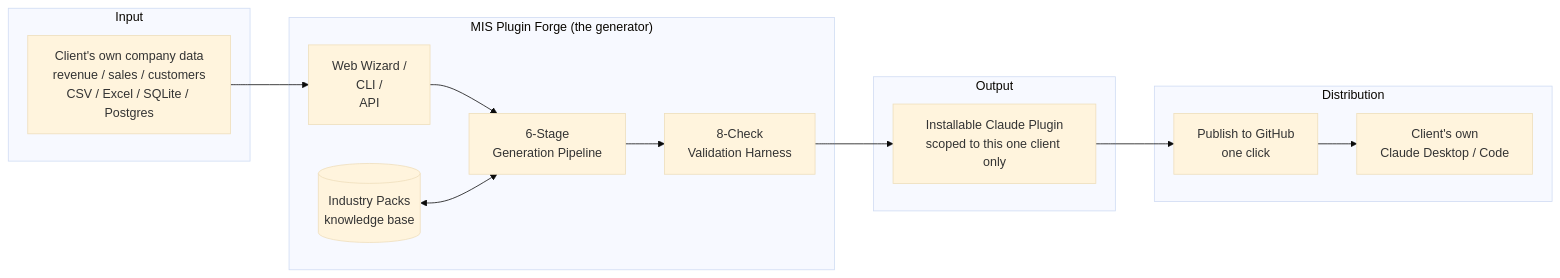
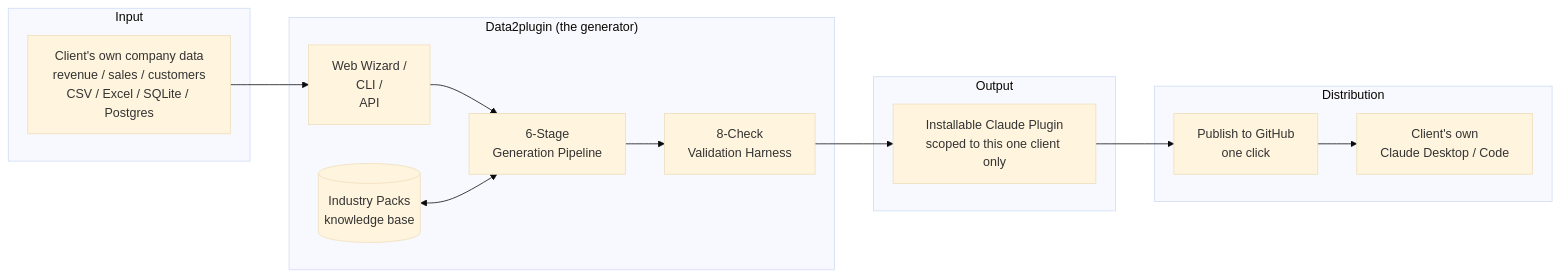
The first of 3 diagrams in docs/manager-overview.md (karthik-depasolutions/claude_plugin), drawn with Mermaid (base theme) before and after one commit. The commit also changed other lines of this file and 83 other files, not shown here.

````diff
--- a/docs/manager-overview.md
+++ b/docs/manager-overview.md
@@ -27,27 +27,27 @@
 ```mermaid
 flowchart LR
     subgraph Input
         A[Client's own company data<br/>revenue / sales / customers<br/>CSV / Excel / SQLite / Postgres]
     end
 
-    subgraph "MIS Plugin Forge (the generator)"
+    subgraph "Data2plugin (the generator)"
         B[Web Wizard /<br/>CLI /<br/>API]
         C[6-Stage<br/>Generation Pipeline]
         D[(Industry Packs<br/>knowledge base)]
         E[8-Check<br/>Validation Harness]
     end
 
     subgraph Output
         F[Installable Claude Plugin<br/>scoped to this one client only]
     end
 
     subgraph Distribution
         G[Publish to GitHub<br/>one click]
         H[Client's own<br/>Claude Desktop / Code]
     end
 
     A --> B --> C
     D <--> C
     C --> E --> F
     F --> G --> H
 ```
````
